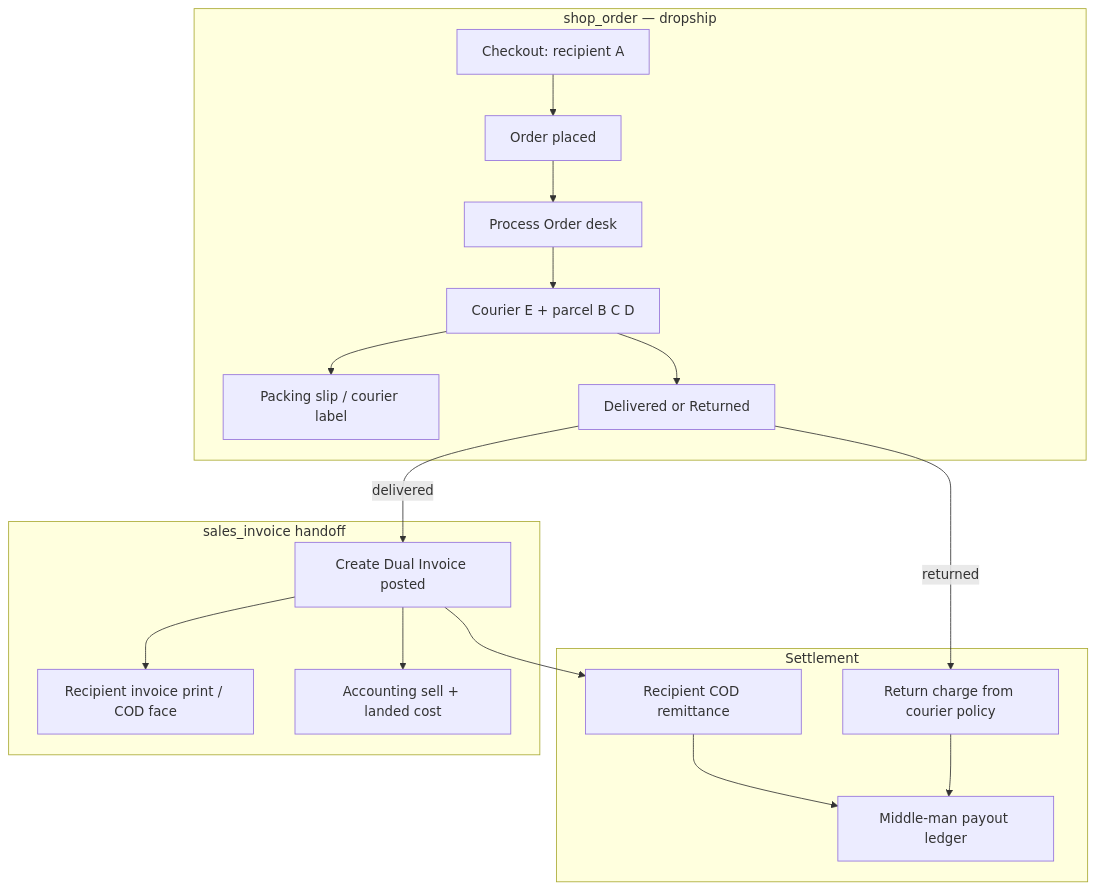
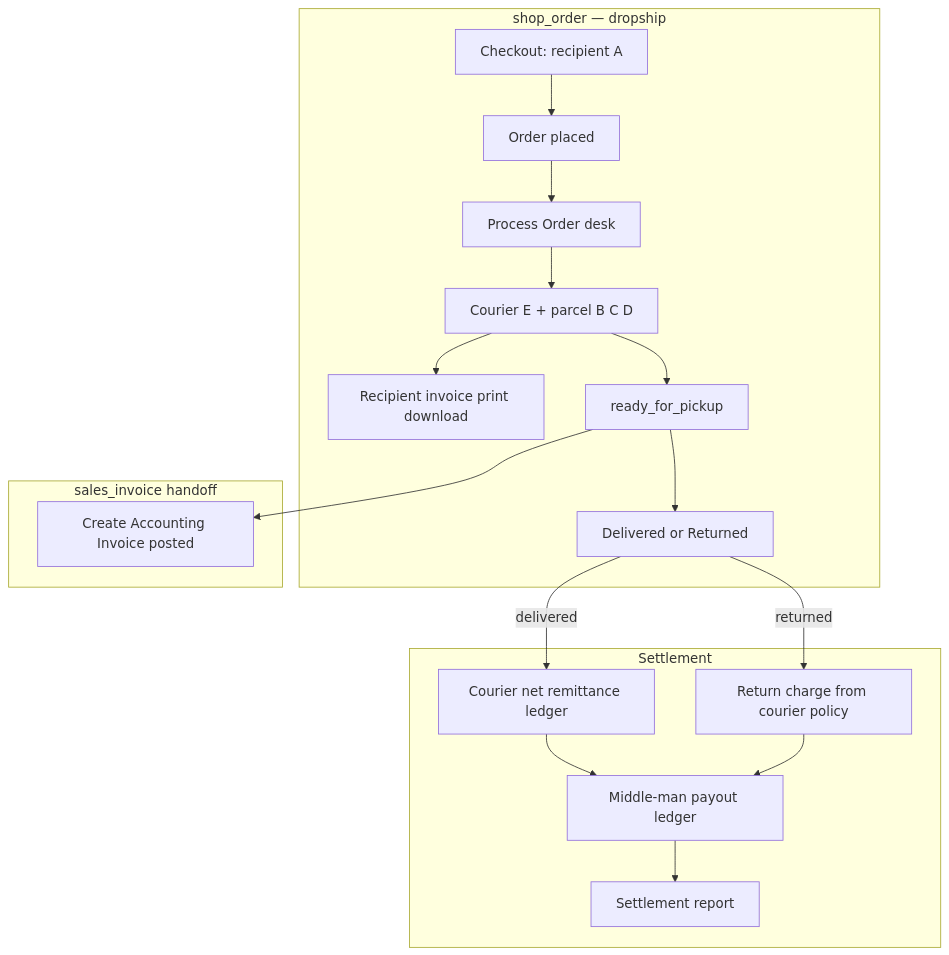
The first of 4 diagrams in doc/SHOP_ORDER_DROPSHIP.md (david-git-2/brandwala-wholesale-quasar-v2), drawn with Mermaid before and after one commit. The commit also changed other lines of this file and 25 other files, not shown here.

````diff
--- a/doc/SHOP_ORDER_DROPSHIP.md
+++ b/doc/SHOP_ORDER_DROPSHIP.md
@@ -95,32 +101,30 @@
 ```mermaid
 flowchart TB
   subgraph shop [shop_order — dropship]
     checkout["Checkout: recipient A"]
     place["Order placed"]
     process["Process Order desk"]
     consign["Courier E + parcel B C D"]
-    opsPrint["Packing slip / courier label"]
+    recipPrint["Recipient invoice print download"]
+    ready["ready_for_pickup"]
     outcome["Delivered or Returned"]
   end
 
   subgraph invoice [sales_invoice handoff]
-    dual["Create Dual Invoice posted"]
-    face["Recipient invoice print / COD face"]
-    acct["Accounting sell + landed cost"]
+    acct["Create Accounting Invoice posted"]
   end
 
   subgraph settle [Settlement]
-    cod["Recipient COD remittance"]
+    cod["Courier net remittance ledger"]
     payout["Middle-man payout ledger"]
     ret["Return charge from courier policy"]
+    report["Settlement report"]
   end
 
   checkout --> place --> process --> consign
-  consign --> opsPrint
-  consign --> outcome
-  outcome -->|delivered| dual
-  dual --> face
-  dual --> acct
-  dual --> cod --> payout
+  consign --> recipPrint
+  consign --> ready --> acct
+  ready --> outcome
+  outcome -->|delivered| cod --> payout --> report
   outcome -->|returned| ret --> payout
 ```
````
